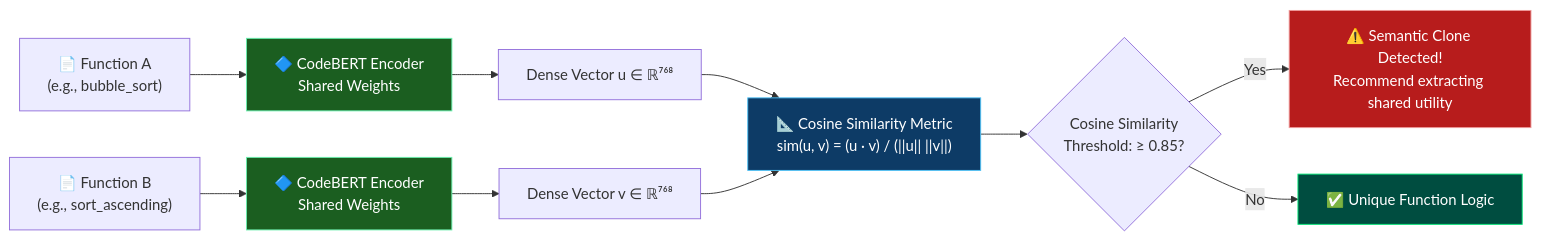
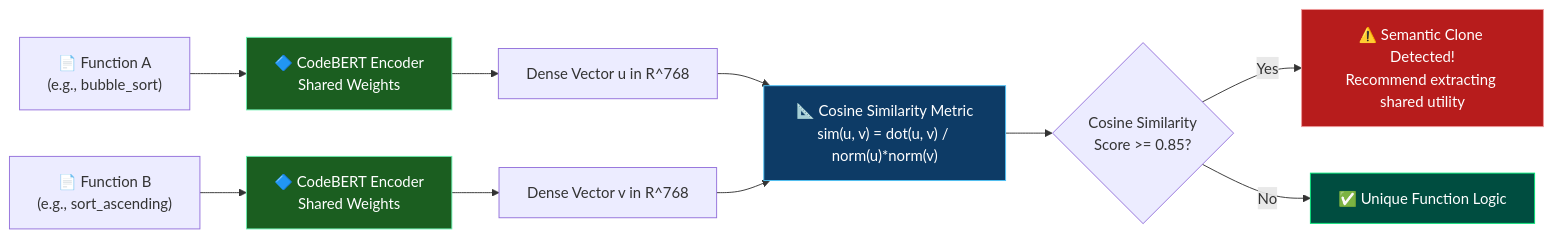
The second of 4 diagrams in README.md (wraith-klu/RigelAI), drawn with Mermaid before and after one commit. The commit also changed other lines of this file, not shown here.

Commit message:
Fix: Mermaid diagram syntax for GitHub Flavored Markdown rich display rendering

````diff
--- a/README.md
+++ b/README.md
@@ -215,20 +231,22 @@
 ```mermaid
 flowchart LR
-    FUNC_A["📄 Function A\n(e.g., bubble_sort)"] --> CODEBERT_A["🔷 CodeBERT Encoder\nShared Weights"]
-    FUNC_B["📄 Function B\n(e.g., sort_ascending)"] --> CODEBERT_B["🔷 CodeBERT Encoder\nShared Weights"]
+    FUNC_A["📄 Function A<br/>(e.g., bubble_sort)"] --> CODEBERT_A["🔷 CodeBERT Encoder<br/>Shared Weights"]
+    FUNC_B["📄 Function B<br/>(e.g., sort_ascending)"] --> CODEBERT_B["🔷 CodeBERT Encoder<br/>Shared Weights"]
 
-    CODEBERT_A --> VEC_A["Dense Vector u ∈ ℝ⁷⁶⁸"]
-    CODEBERT_B --> VEC_B["Dense Vector v ∈ ℝ⁷⁶⁸"]
+    CODEBERT_A --> VEC_A["Dense Vector u in R^768"]
+    CODEBERT_B --> VEC_B["Dense Vector v in R^768"]
 
-    VEC_A & VEC_B --> COS["📐 Cosine Similarity Metric\nsim(u, v) = (u · v) / (||u|| ||v||)"]
-    COS --> DECISION{"Cosine Similarity\nThreshold: ≥ 0.85?"}
+    VEC_A --> COS["📐 Cosine Similarity Metric<br/>sim(u, v) = dot(u, v) / norm(u)*norm(v)"]
+    VEC_B --> COS
 
-    DECISION -->|Yes| CLONE["⚠️ Semantic Clone Detected!\nRecommend extracting shared utility"]
+    COS --> DECISION{"Cosine Similarity<br/>Score >= 0.85?"}
+
+    DECISION -->|Yes| CLONE["⚠️ Semantic Clone Detected!<br/>Recommend extracting shared utility"]
     DECISION -->|No| UNIQUE["✅ Unique Function Logic"]
 
     style CODEBERT_A fill:#1b5e20,color:#fff,stroke:#69f0ae
     style CODEBERT_B fill:#1b5e20,color:#fff,stroke:#69f0ae
     style COS fill:#0d3b66,color:#fff,stroke:#4fc3f7
     style CLONE fill:#b71c1c,color:#fff,stroke:#ef9a9a
     style UNIQUE fill:#004d40,color:#fff,stroke:#00e676
 ```
````
